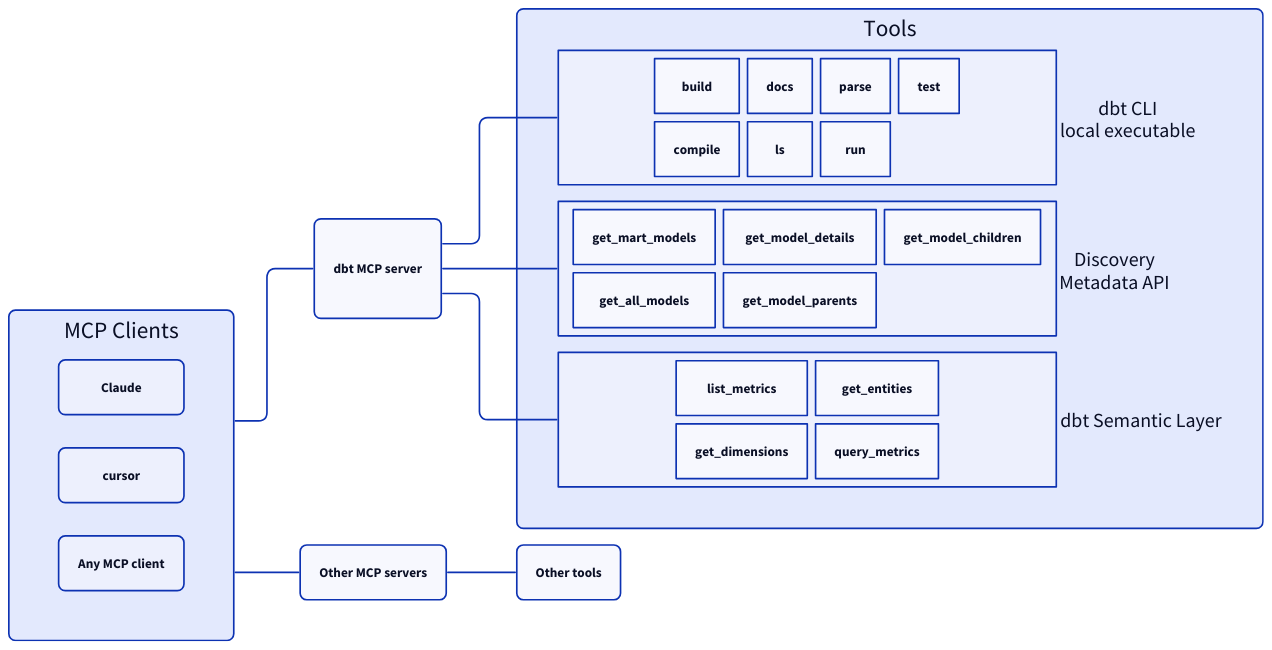
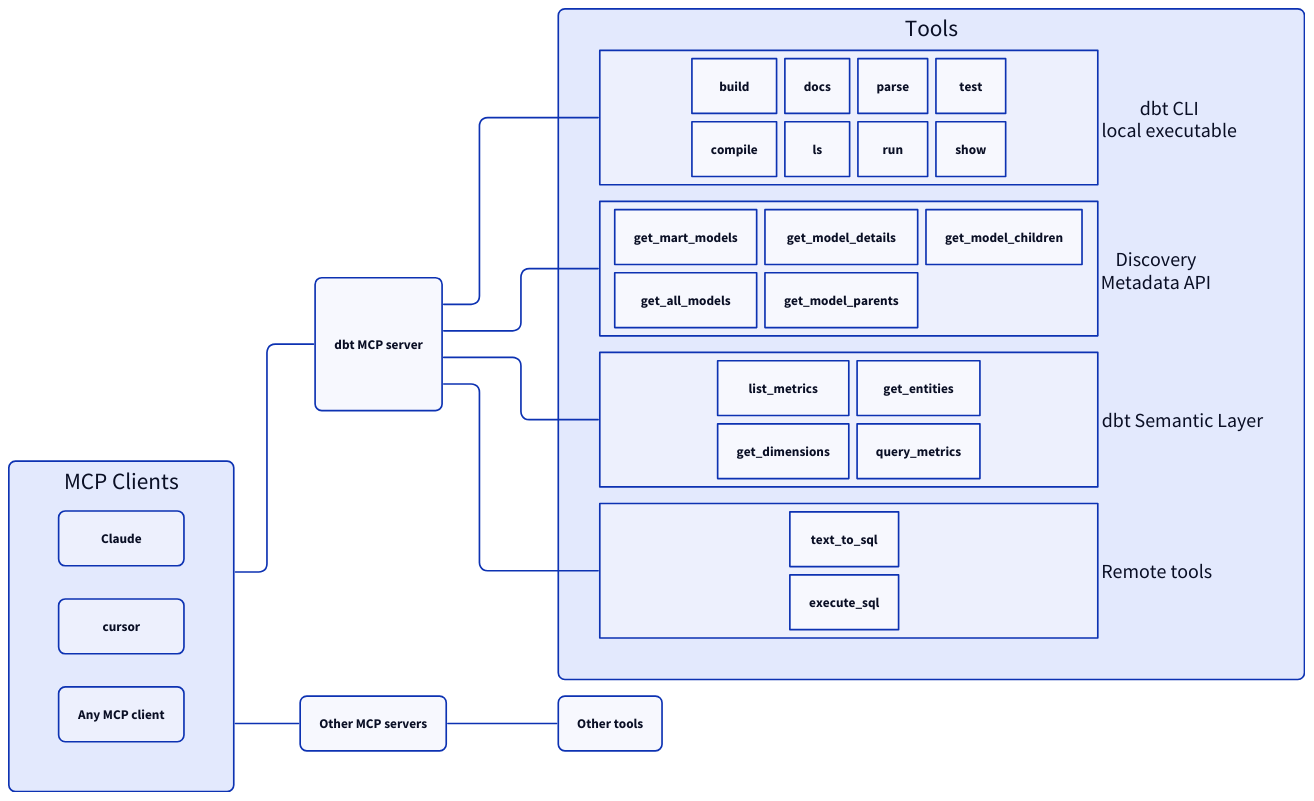
Before and after one commit to trouze/dbt-mcp-http: the diagram in docs/diagram.d2, drawn with D2. The commit also changed 3 other files, not shown here.

Commit message:
Update d2 diagram (#119)

```diff
--- a/docs/diagram.d2
+++ b/docs/diagram.d2
@@ -1,70 +1,78 @@
 vars: {
   d2-config: {
     layout-engine: elk
   }
 }
 
 direction: right
 *.style.border-radius: 8
 
 classes: {
   container: {
     grid-columns: 2
     grid-rows: 2
     grid-gap: 10
     width: 600
     *.style.border-radius: 8
   }
 }
 
 mcp: dbt MCP server
 
 tools: Tools {
   cli: dbt CLI\nlocal executable {
     label.near: outside-right-center
     class: container
     build
     compile
     docs
     ls
     parse
     run
     test
+    show
   }
 
   discovery: Discovery\nMetadata API {
     label.near: outside-right-center
     class: container
     get_mart_models
     get_all_models
     get_model_details
     get_model_parents
     get_model_children
   }
 
   sl: dbt Semantic Layer {
     label.near: outside-right-center
     class: container
     list_metrics
     get_dimensions
     get_entities
     query_metrics
   }
+
+  remote: Remote tools {
+    label.near: outside-right-center
+    class: container
+    text_to_sql
+    execute_sql
+  }
 }
 
 mcp -- tools.*
 
 clients: MCP Clients {
   grid-columns: 1
   *.style.border-radius: 8
   Claude
   cursor
   mcp_clients: Any MCP client
 }
 
 other_mcp: Other MCP servers
 other_tools: Other tools
 
 clients -- mcp
 clients -- other_mcp
 other_mcp -- other_tools
```
